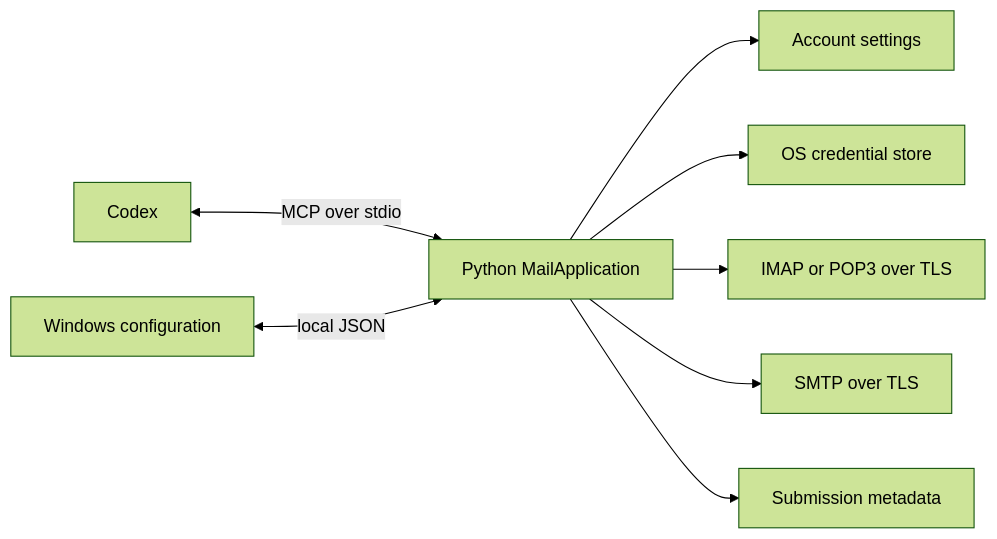
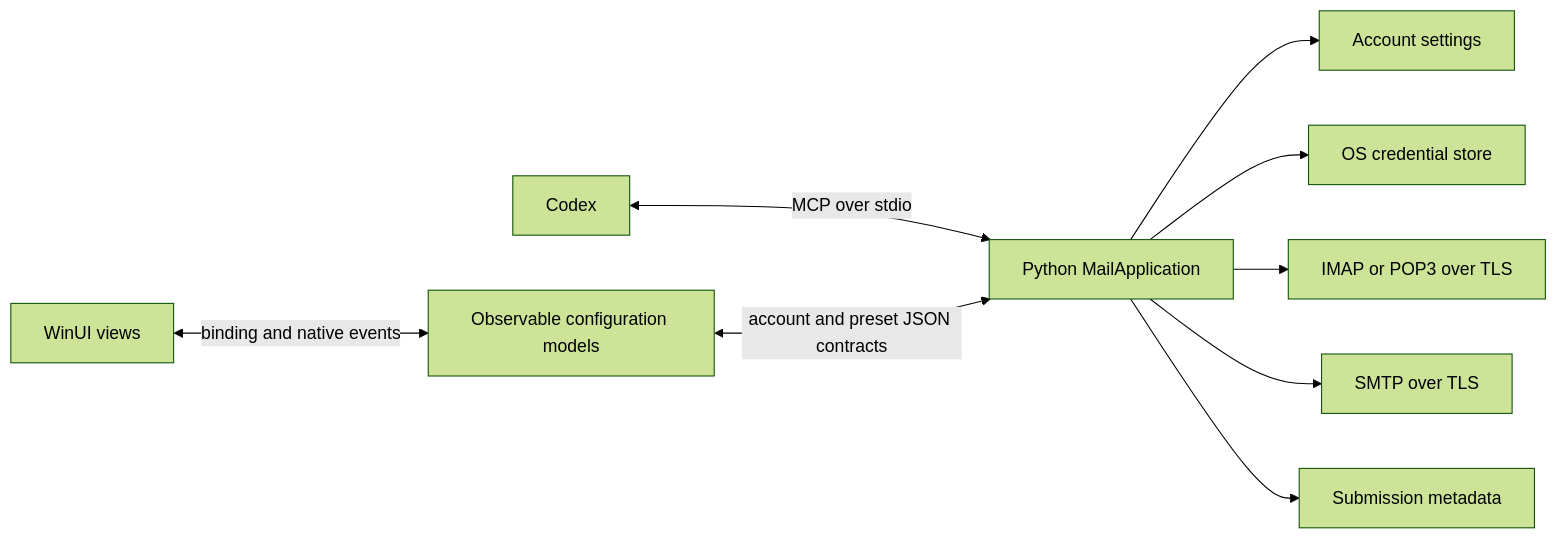
One commit to umbertotechnopreneur/AgentInbox changed the diagram in docs/ARCHITECTURE.md. Above: the diagram before and after it, drawn with Mermaid (forest theme). The commit also changed other lines of this file and 43 other files, not shown here.

First line of the commit message:
Improve Windows account configuration, Microsoft sign-in and connection checks (#36)

````diff
--- a/docs/ARCHITECTURE.md
+++ b/docs/ARCHITECTURE.md
@@ -5,10 +5,11 @@
 ```mermaid
 flowchart LR
     Codex <-->|MCP over stdio| Engine[Python MailApplication]
-    Setup[Windows configuration] <-->|local JSON| Engine
+    Setup[WinUI views] <-->|binding and native events| Model[Observable configuration models]
+    Model <-->|account and preset JSON contracts| Engine
     Engine --> Settings[Account settings]
     Engine --> Credentials[OS credential store]
     Engine --> Incoming[IMAP or POP3 over TLS]
     Engine --> SMTP[SMTP over TLS]
     Engine --> Ledger[Submission metadata]
 ```
````
